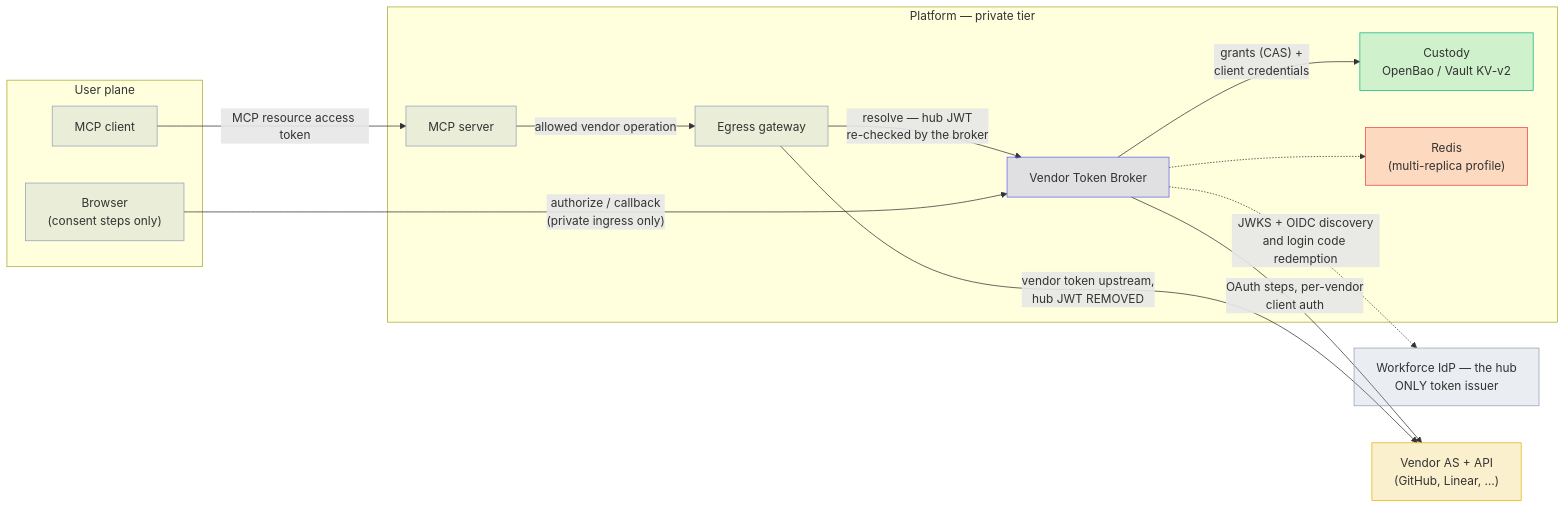
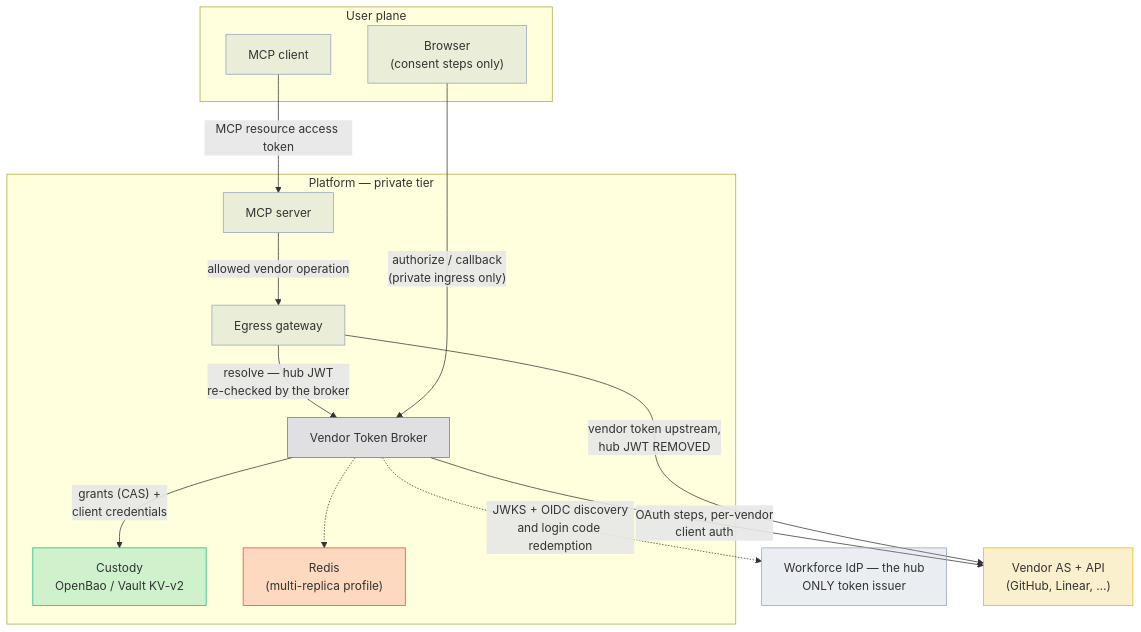
The first of 4 diagrams in docs/design.md (chief-builder/vendor-token-broker), drawn with Mermaid before and after one commit. The commit also changed other lines of this file and 6 other files, not shown here.

First line of the commit message:
docs: make diagrams readable

````diff
--- a/docs/design.md
+++ b/docs/design.md
@@ -110,37 +110,37 @@
 ```mermaid
-flowchart LR
+flowchart TB
     subgraph userplane["User plane"]
         C["MCP client"]
         UA["Browser<br/>(consent steps only)"]
     end
     subgraph platform["Platform — private tier"]
         S["MCP server"]
         G["Egress gateway"]
         B["Vendor Token Broker"]
         K["Custody<br/>OpenBao / Vault KV-v2"]
         R["Redis<br/>(multi-replica profile)"]
     end
     H["Workforce IdP — the hub<br/>ONLY token issuer"]
     V["Vendor AS + API<br/>(GitHub, Linear, …)"]
 
     C -- "MCP resource access token" --> S
     S -- "allowed vendor operation" --> G
     G -- "resolve — hub JWT<br/>re-checked by the broker" --> B
     UA -- "authorize / callback<br/>(private ingress only)" --> B
     B -. "JWKS + OIDC discovery<br/>and login code redemption" .-> H
     B -- "OAuth steps, per-vendor<br/>client auth" --> V
     G -- "vendor token upstream,<br/>hub JWT REMOVED" --> V
     B -- "grants (CAS) +<br/>client credentials" --> K
     B -.-> R
 
     classDef broker fill:#6366f133,stroke:#6366f1
     classDef vendor fill:#eab30833,stroke:#eab308
     classDef custody fill:#10b98133,stroke:#10b981
     classDef coord fill:#ef444433,stroke:#ef4444
     classDef neutral fill:#94a3b833,stroke:#94a3b8
     class B broker
     class V vendor
     class K custody
     class R coord
     class C,UA,S,G,H neutral
 ```
````
